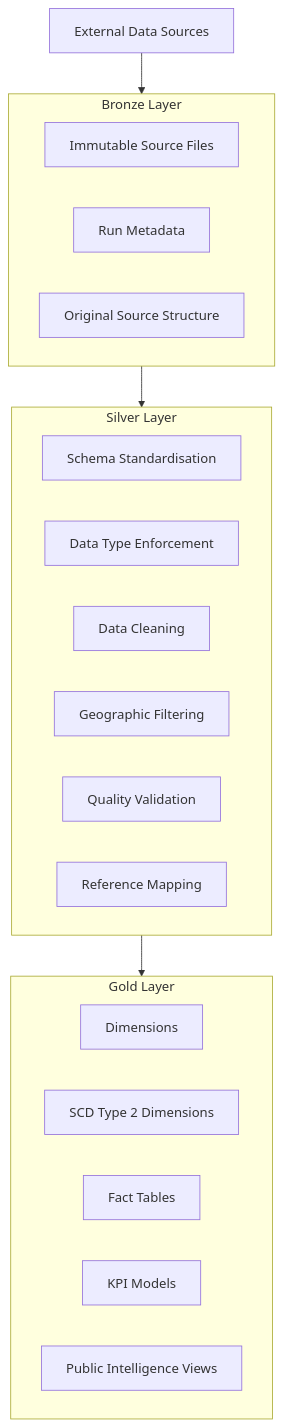
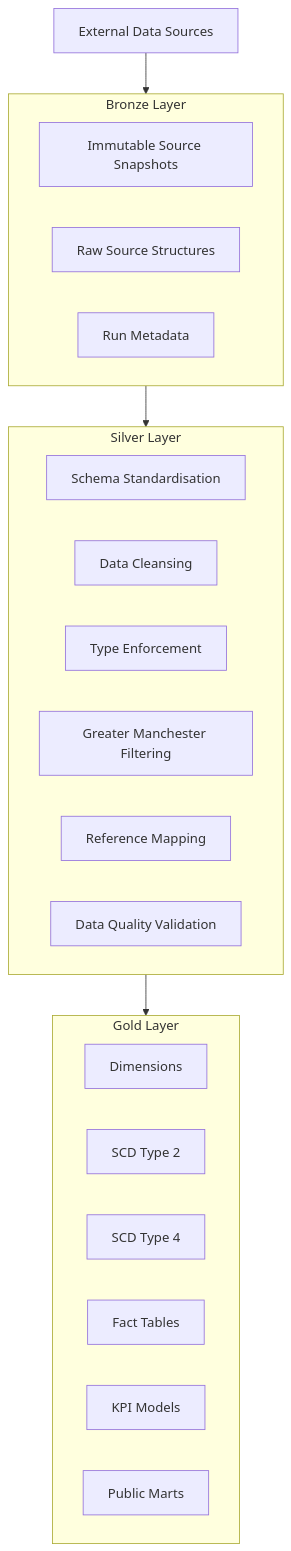
One commit to kamilkenny/greater-manchester-skills-opportunity-intelligence changed the second of 10 diagrams in README.md. Above: the diagram before and after it, drawn with Mermaid. The commit also changed other lines of this file, not shown here.

````diff
--- a/README.md
+++ b/README.md
@@ -197,34 +267,35 @@
 ```mermaid
 flowchart TD
 
     SRC[External Data Sources]
 
-    SRC --> BRONZE
+    SRC --> B
 
-    subgraph BRONZE[Bronze Layer]
-        B1[Immutable Source Files]
-        B2[Run Metadata]
-        B3[Original Source Structure]
+    subgraph B[Bronze Layer]
+        B1[Immutable Source Snapshots]
+        B2[Raw Source Structures]
+        B3[Run Metadata]
     end
 
-    BRONZE --> SILVER
+    B --> S
 
-    subgraph SILVER[Silver Layer]
+    subgraph S[Silver Layer]
         S1[Schema Standardisation]
-        S2[Data Type Enforcement]
-        S3[Data Cleaning]
-        S4[Geographic Filtering]
-        S5[Quality Validation]
-        S6[Reference Mapping]
+        S2[Data Cleansing]
+        S3[Type Enforcement]
+        S4[Greater Manchester Filtering]
+        S5[Reference Mapping]
+        S6[Data Quality Validation]
     end
 
-    SILVER --> GOLD
+    S --> G
 
-    subgraph GOLD[Gold Layer]
+    subgraph G[Gold Layer]
         G1[Dimensions]
-        G2[SCD Type 2 Dimensions]
-        G3[Fact Tables]
-        G4[KPI Models]
-        G5[Public Intelligence Views]
+        G2[SCD Type 2]
+        G3[SCD Type 4]
+        G4[Fact Tables]
+        G5[KPI Models]
+        G6[Public Marts]
     end
 ```
````
